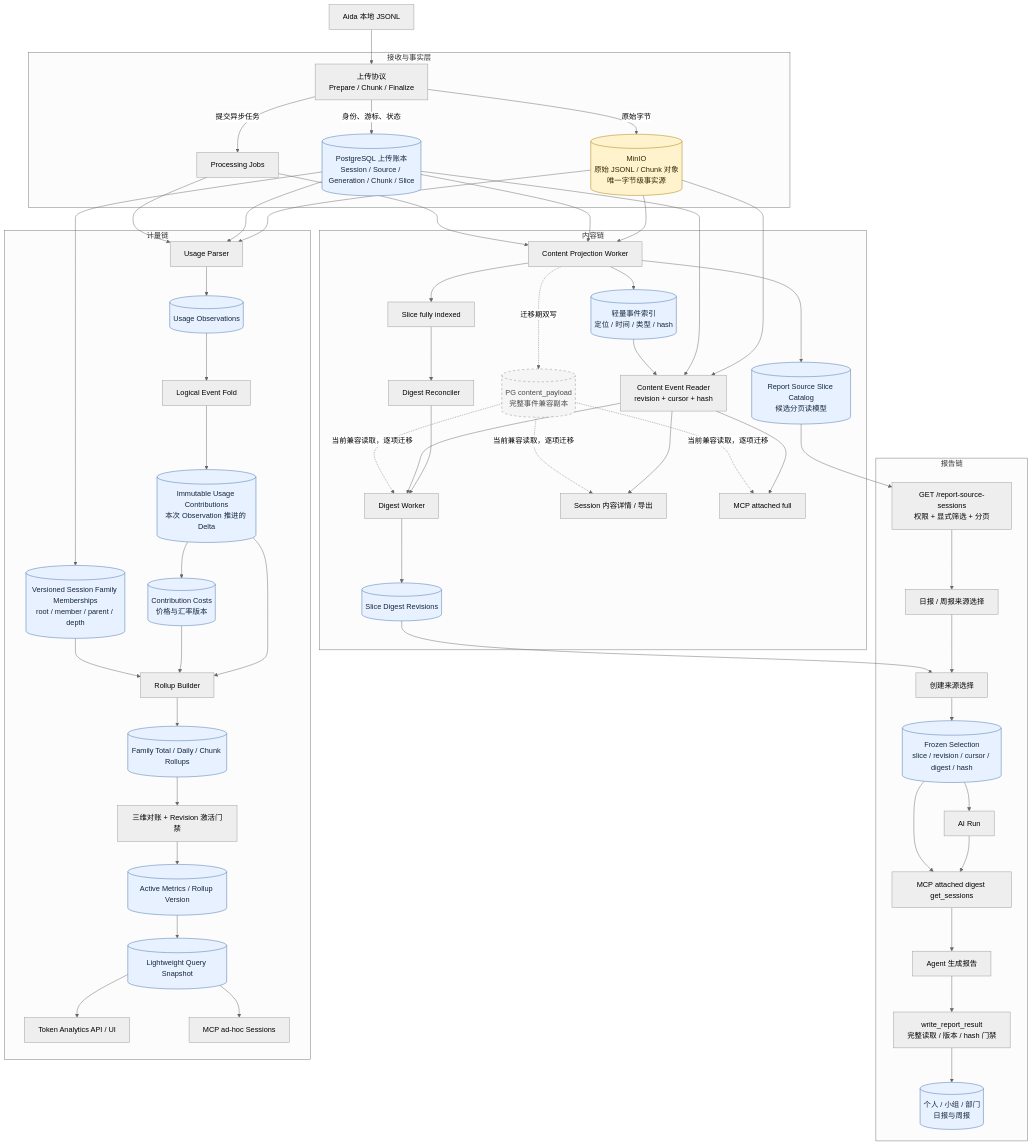
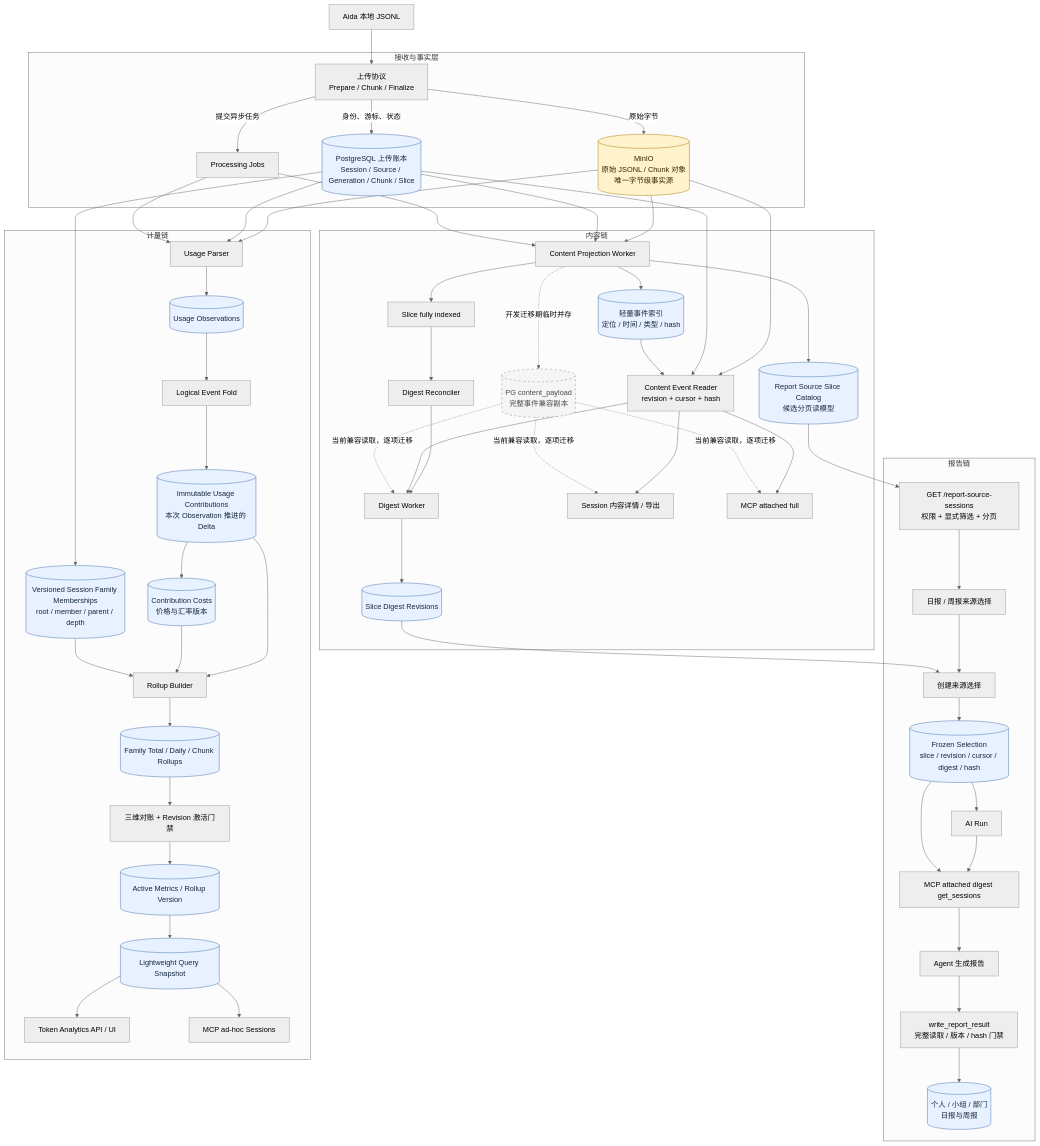
One commit to intellif-aied/project_manager changed the first of 12 diagrams in doc/v2/Session与Token查询性能/08-端到端数据流与状态流转.md. Above: the diagram before and after it, drawn with Mermaid (neutral theme). The commit also changed other lines of this file and 10 other files, not shown here.

````diff
--- a/doc/v2/Session与Token查询性能/08-端到端数据流与状态流转.md
+++ b/doc/v2/Session与Token查询性能/08-端到端数据流与状态流转.md
@@ -16,75 +16,75 @@
 ```mermaid
 flowchart TB
     A["Aida 本地 JSONL"] --> B["上传协议<br/>Prepare / Chunk / Finalize"]
 
     subgraph S0["接收与事实层"]
         B -->|原始字节| M[("MinIO<br/>原始 JSONL / Chunk 对象<br/>唯一字节级事实源")]
         B -->|身份、游标、状态| L[("PostgreSQL 上传账本<br/>Session / Source / Generation / Chunk / Slice")]
         B -->|提交异步任务| J["Processing Jobs"]
     end
 
     subgraph S1["内容链"]
         M --> CP["Content Projection Worker"]
         L --> CP
         J --> CP
         CP --> IDX[("轻量事件索引<br/>定位 / 时间 / 类型 / hash")]
         CP --> CAT[("Report Source Slice Catalog<br/>候选分页读模型")]
         CP --> FI["Slice fully indexed"]
-        CP -. 迁移期双写 .-> LEGACY[("PG content_payload<br/>完整事件兼容副本")]
+        CP -. 开发迁移期临时并存 .-> LEGACY[("PG content_payload<br/>完整事件兼容副本")]
 
         M --> READER["Content Event Reader<br/>revision + cursor + hash"]
         L --> READER
         IDX --> READER
         FI --> REC["Digest Reconciler"]
         REC --> DW["Digest Worker"]
         READER --> DW
         DW --> DR[("Slice Digest Revisions")]
 
         READER --> DETAIL["Session 内容详情 / 导出"]
         READER --> FULL["MCP attached full"]
         LEGACY -. 当前兼容读取，逐项迁移 .-> DW
         LEGACY -. 当前兼容读取，逐项迁移 .-> DETAIL
         LEGACY -. 当前兼容读取，逐项迁移 .-> FULL
     end
 
     subgraph S2["报告链"]
         CAT --> RS["GET /report-source-sessions<br/>权限 + 显式筛选 + 分页"]
         RS --> UI["日报 / 周报来源选择"]
         UI --> SEL["创建来源选择"]
         DR --> SEL
         SEL --> FROZEN[("Frozen Selection<br/>slice / revision / cursor / digest / hash")]
         FROZEN --> RUN["AI Run"]
         RUN --> MCPD["MCP attached digest get_sessions"]
         FROZEN --> MCPD
         MCPD --> AGENT["Agent 生成报告"]
         AGENT --> WRITE["write_report_result<br/>完整读取 / 版本 / hash 门禁"]
         WRITE --> REPORT[("个人 / 小组 / 部门<br/>日报与周报")]
     end
 
     subgraph S3["计量链"]
         M --> UP["Usage Parser"]
         L --> UP
         J --> UP
         UP --> OBS[("Usage Observations")]
         OBS --> FOLD["Logical Event Fold"]
         FOLD --> CONTRIB[("Immutable Usage Contributions<br/>本次 Observation 推进的 Delta")]
         L --> FAMILY[("Versioned Session Family Memberships<br/>root / member / parent / depth")]
         CONTRIB --> COST[("Contribution Costs<br/>价格与汇率版本")]
         CONTRIB --> RB["Rollup Builder"]
         COST --> RB
         FAMILY --> RB
         RB --> R3[("Family Total / Daily / Chunk Rollups")]
         R3 --> GATE["三维对账 + Revision 激活门禁"]
         GATE --> ACTIVE[("Active Metrics / Rollup Version")]
         ACTIVE --> SNAP[("Lightweight Query Snapshot")]
         SNAP --> TA["Token Analytics API / UI"]
         SNAP --> MCPA["MCP ad-hoc Sessions"]
     end
 
     classDef raw fill:#fff3cd,stroke:#a67900,color:#332700;
     classDef pg fill:#e8f1ff,stroke:#3f6fa9,color:#14263b;
     classDef compat fill:#f5f5f5,stroke:#8c8c8c,color:#4a4a4a,stroke-dasharray: 5 5;
     class M raw;
     class L,IDX,CAT,DR,FROZEN,REPORT,OBS,CONTRIB,FAMILY,COST,R3,ACTIVE,SNAP pg;
     class LEGACY compat;
 ```
````
